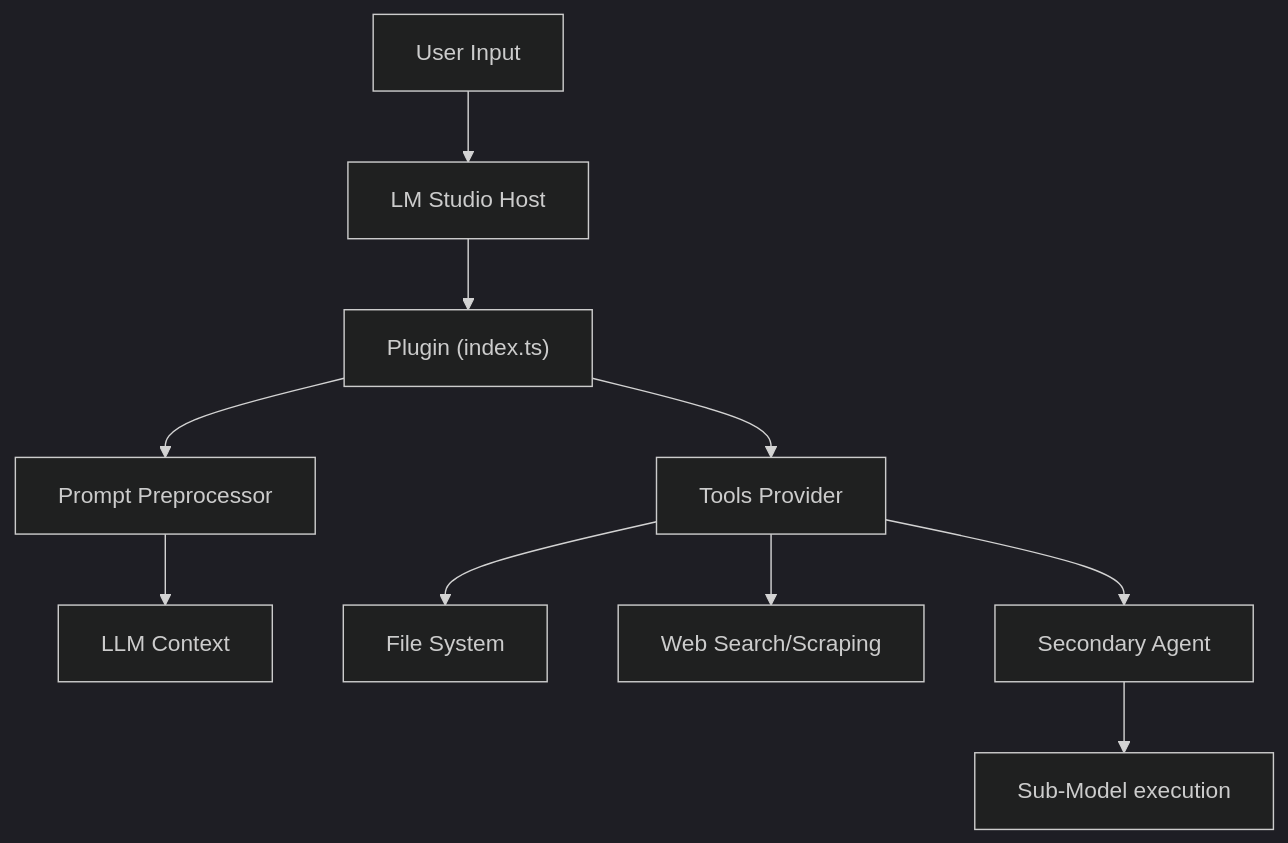
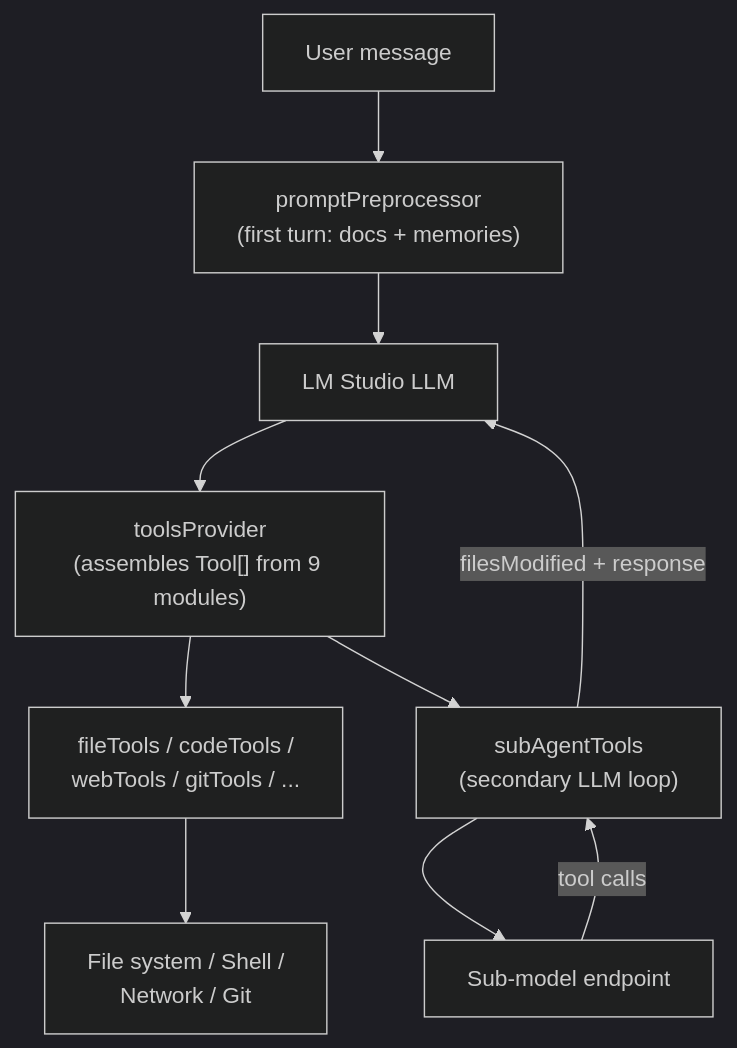
The diagram in CODE_OVERVIEW.md (Beledarian/Beledarians_LM_Studio_Toolbox), drawn with Mermaid (dark theme) before and after one commit. The commit also changed other lines of this file and 2 other files, not shown here.

````diff
--- a/CODE_OVERVIEW.md
+++ b/CODE_OVERVIEW.md
@@ -40,12 +129,12 @@
 ```mermaid
 graph TD
-    User["User Input"] --> LMStudio["LM Studio Host"]
-    LMStudio --> Plugin["Plugin (index.ts)"]
-    Plugin --> Pre["Prompt Preprocessor"]
-    Pre --> Context["LLM Context"]
-    Plugin --> Tools["Tools Provider"]
-    Tools --> FS["File System"]
-    Tools --> Web["Web Search/Scraping"]
-    Tools --> Agent["Secondary Agent"]
-    Agent --> SubLLM["Sub-Model execution"]
+    User["User message"] --> PP["promptPreprocessor\n(first turn: docs + memories)"]
+    PP --> LLM["LM Studio LLM"]
+    LLM --> TP["toolsProvider\n(assembles Tool[] from 9 modules)"]
+    TP --> FT["fileTools / codeTools /\nwebTools / gitTools / ..."]
+    FT --> FS["File system / Shell /\nNetwork / Git"]
+    TP --> SA["subAgentTools\n(secondary LLM loop)"]
+    SA --> SubLLM["Sub-model endpoint"]
+    SubLLM -->|tool calls| SA
+    SA -->|filesModified + response| LLM
 ```
````
